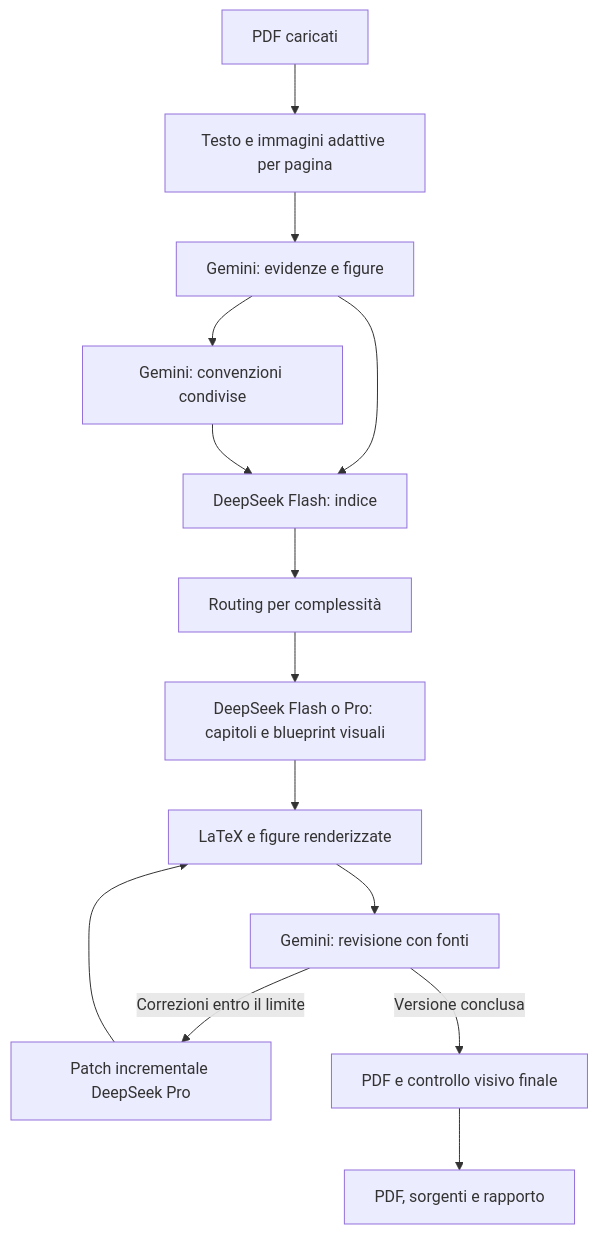
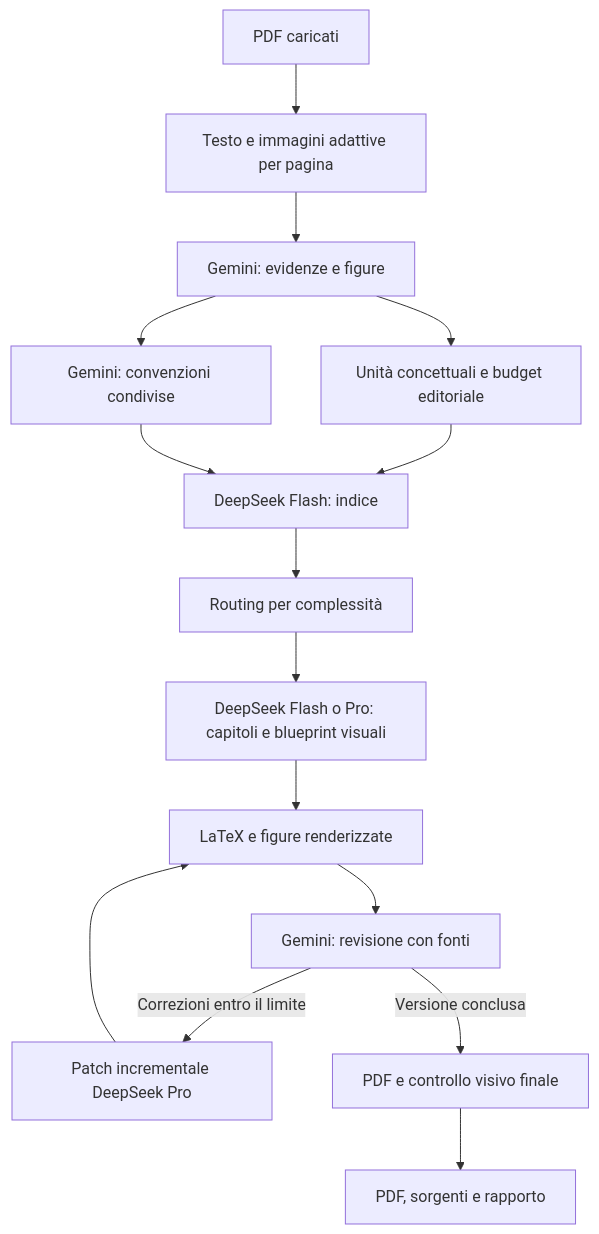
One commit to infostoreoverline-cell/study_genius_completo changed the diagram in docs/ARCHITETTURA.md. Above: the diagram before and after it, drawn with Mermaid. The commit also changed other lines of this file and 13 other files, not shown here.

````diff
--- a/docs/ARCHITETTURA.md
+++ b/docs/ARCHITETTURA.md
@@ -22,16 +23,17 @@
 ```mermaid
 flowchart TD
     A[PDF caricati] --> B[Testo e immagini adattive per pagina]
     B --> C[Gemini: evidenze e figure]
-    C --> D[DeepSeek Flash: indice]
+    C --> M[Unità concettuali e budget editoriale]
+    M --> D[DeepSeek Flash: indice]
     C --> I[Gemini: convenzioni condivise]
     I --> D
     D --> J[Routing per complessità]
     J --> K[DeepSeek Flash o Pro: capitoli e blueprint visuali]
     K --> E[LaTeX e figure renderizzate]
     E --> F[Gemini: revisione con fonti]
     F -->|Correzioni entro il limite| L[Patch incrementale DeepSeek Pro]
     L --> E
     F -->|Versione conclusa| G[PDF e controllo visivo finale]
     G --> H[PDF, sorgenti e rapporto]
 ```
````
